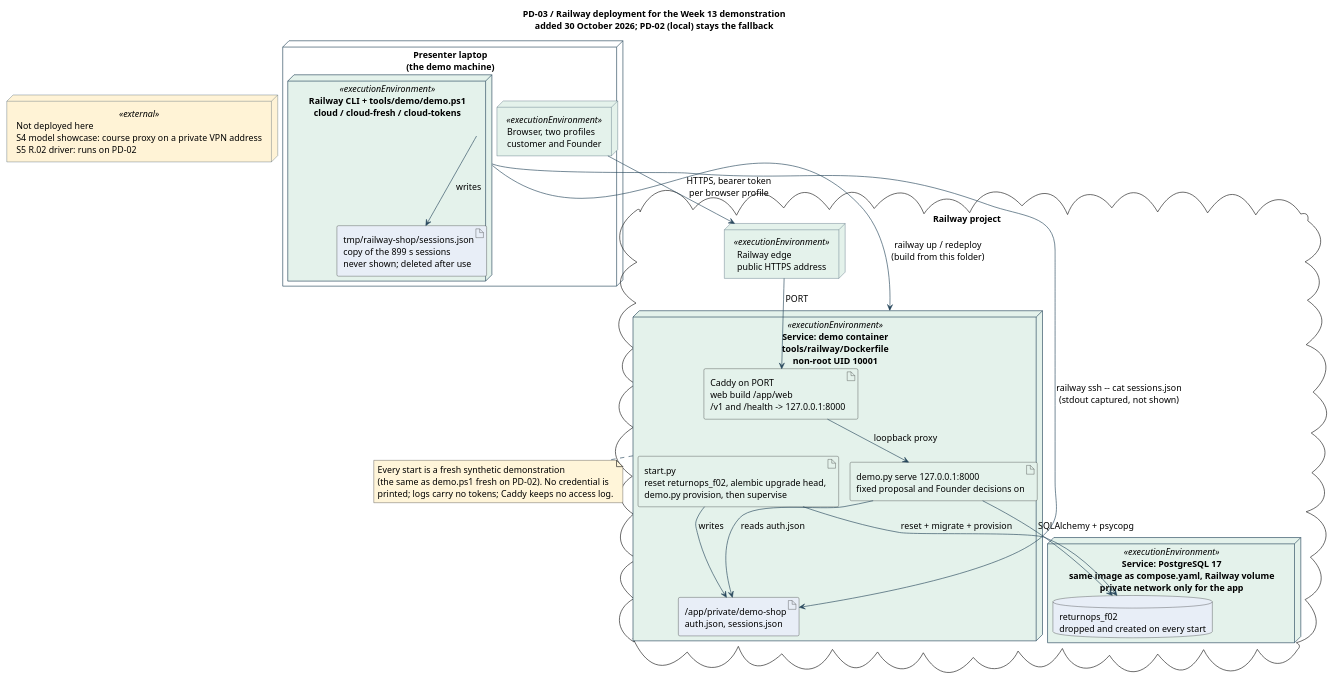
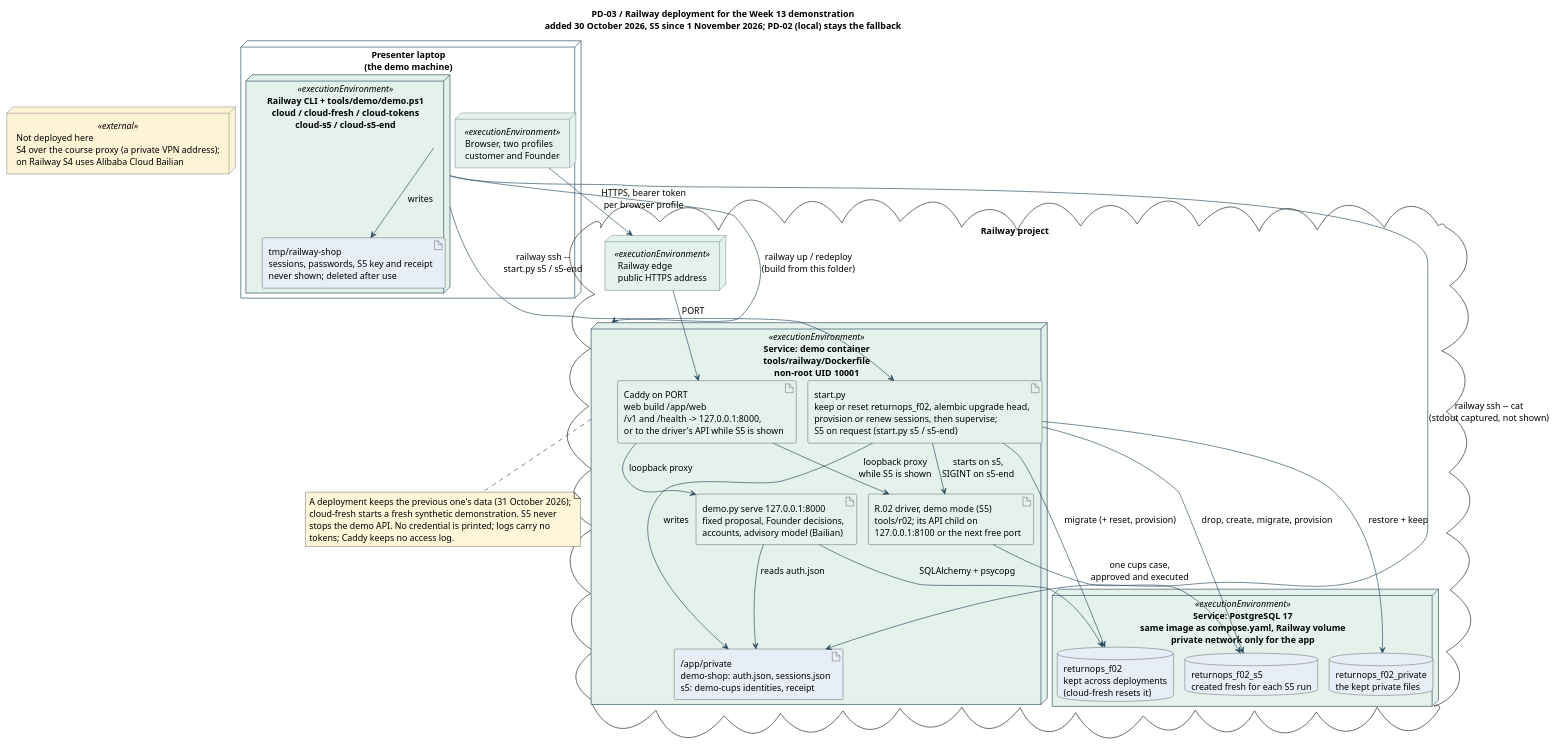
One commit to shuxiachai/returnops-au changed the diagram in docs/diagrams/shared/deployment-railway.puml. Above: the diagram before and after it, drawn with PlantUML. The commit also changed 11 other files, not shown here.

```diff
--- a/docs/diagrams/shared/deployment-railway.puml
+++ b/docs/diagrams/shared/deployment-railway.puml
@@ -1,53 +1,63 @@
 @startuml
-title PD-03 / Railway deployment for the Week 13 demonstration\nadded 30 October 2026; PD-02 (local) stays the fallback
+title PD-03 / Railway deployment for the Week 13 demonstration\nadded 30 October 2026, S5 since 1 November 2026; PD-02 (local) stays the fallback
 !pragma layout smetana
 top to bottom direction
 skinparam defaultFontName SansSerif
 skinparam defaultFontSize 14
 skinparam shadowing false
 skinparam componentStyle rectangle
 skinparam ArrowColor #27465B
 skinparam nodeBorderColor #27465B
 skinparam noteBackgroundColor #FFF5D9
 skinparam nodesep 55
 skinparam ranksep 55
 
 node "Presenter laptop\n(the demo machine)" as Laptop {
   node "Browser, two profiles\ncustomer and Founder" as Browser <<executionEnvironment>> #E4F2EB
-  node "Railway CLI + tools/demo/demo.ps1\ncloud / cloud-fresh / cloud-tokens" as Cli <<executionEnvironment>> #E4F2EB {
-    artifact "tmp/railway-shop/sessions.json\ncopy of the 899 s sessions\nnever shown; deleted after use" as LocalSessions #E8EEF7
+  node "Railway CLI + tools/demo/demo.ps1\ncloud / cloud-fresh / cloud-tokens\ncloud-s5 / cloud-s5-end" as Cli <<executionEnvironment>> #E4F2EB {
+    artifact "tmp/railway-shop\nsessions, passwords, S5 key and receipt\nnever shown; deleted after use" as LocalSessions #E8EEF7
   }
 }
 
 cloud "Railway project" as Railway {
   node "Railway edge\npublic HTTPS address" as Edge <<executionEnvironment>> #E4F2EB
   node "Service: demo container\ntools/railway/Dockerfile\nnon-root UID 10001" as Service <<executionEnvironment>> #E4F2EB {
-    artifact "start.py\nreset returnops_f02, alembic upgrade head,\ndemo.py provision, then supervise" as Start #E4F2EB
-    artifact "Caddy on PORT\nweb build /app/web\n/v1 and /health -> 127.0.0.1:8000" as Caddy #E4F2EB
-    artifact "demo.py serve 127.0.0.1:8000\nfixed proposal and Founder decisions on" as Api #E4F2EB
-    artifact "/app/private/demo-shop\nauth.json, sessions.json" as Private #E8EEF7
+    artifact "start.py\nkeep or reset returnops_f02, alembic upgrade head,\nprovision or renew sessions, then supervise;\nS5 on request (start.py s5 / s5-end)" as Start #E4F2EB
+    artifact "Caddy on PORT\nweb build /app/web\n/v1 and /health -> 127.0.0.1:8000,\nor to the driver's API while S5 is shown" as Caddy #E4F2EB
+    artifact "demo.py serve 127.0.0.1:8000\nfixed proposal, Founder decisions,\naccounts, advisory model (Bailian)" as Api #E4F2EB
+    artifact "R.02 driver, demo mode (S5)\ntools/r02; its API child on\n127.0.0.1:8100 or the next free port" as Driver #E4F2EB
+    artifact "/app/private\ndemo-shop: auth.json, sessions.json\ns5: demo-cups identities, receipt" as Private #E8EEF7
   }
   node "Service: PostgreSQL 17\nsame image as compose.yaml, Railway volume\nprivate network only for the app" as Postgres <<executionEnvironment>> #E4F2EB {
-    database "returnops_f02\ndropped and created on every start" as Database #E8EEF7
+    database "returnops_f02\nkept across deployments\n(cloud-fresh resets it)" as Database #E8EEF7
+    database "returnops_f02_s5\ncreated fresh for each S5 run" as S5Database #E8EEF7
+    database "returnops_f02_private\nthe kept private files" as PrivateStore #E8EEF7
   }
 }
 
-node "Not deployed here\nS4 model showcase: course proxy on a private VPN address\nS5 R.02 driver: runs on PD-02" as Elsewhere <<external>> #FFF3D6
+node "Not deployed here\nS4 over the course proxy (a private VPN address);\non Railway S4 uses Alibaba Cloud Bailian" as Elsewhere <<external>> #FFF3D6
 
 Browser --> Edge : HTTPS, bearer token\nper browser profile
 Edge --> Caddy : PORT
 Caddy --> Api : loopback proxy
+Caddy --> Driver : loopback proxy\nwhile S5 is shown
 Start --> Private : writes
+Start --> Driver : starts on s5,\nSIGINT on s5-end
 Api --> Private : reads auth.json
-Start --> Database : reset + migrate + provision
+Start --> Database : migrate (+ reset, provision)
+Start --> S5Database : drop, create, migrate, provision
+Start --> PrivateStore : restore + keep
 Api --> Database : SQLAlchemy + psycopg
+Driver --> S5Database : one cups case,\napproved and executed
 Cli --> Service : railway up / redeploy\n(build from this folder)
-Cli --> Private : railway ssh -- cat sessions.json\n(stdout captured, not shown)
+Cli --> Private : railway ssh -- cat\n(stdout captured, not shown)
+Cli --> Start : railway ssh --\nstart.py s5 / s5-end
 Cli --> LocalSessions : writes
 
 note bottom of Service
-Every start is a fresh synthetic demonstration
-(the same as demo.ps1 fresh on PD-02). No credential is
-printed; logs carry no tokens; Caddy keeps no access log.
+A deployment keeps the previous one's data (31 October 2026);
+cloud-fresh starts a fresh synthetic demonstration. S5 never
+stops the demo API. No credential is printed; logs carry no
+tokens; Caddy keeps no access log.
 end note
 @enduml
```
